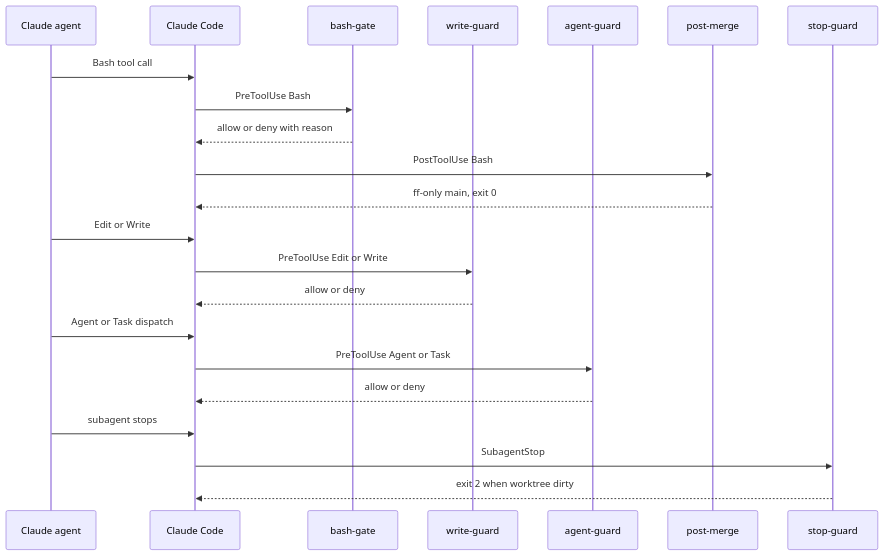
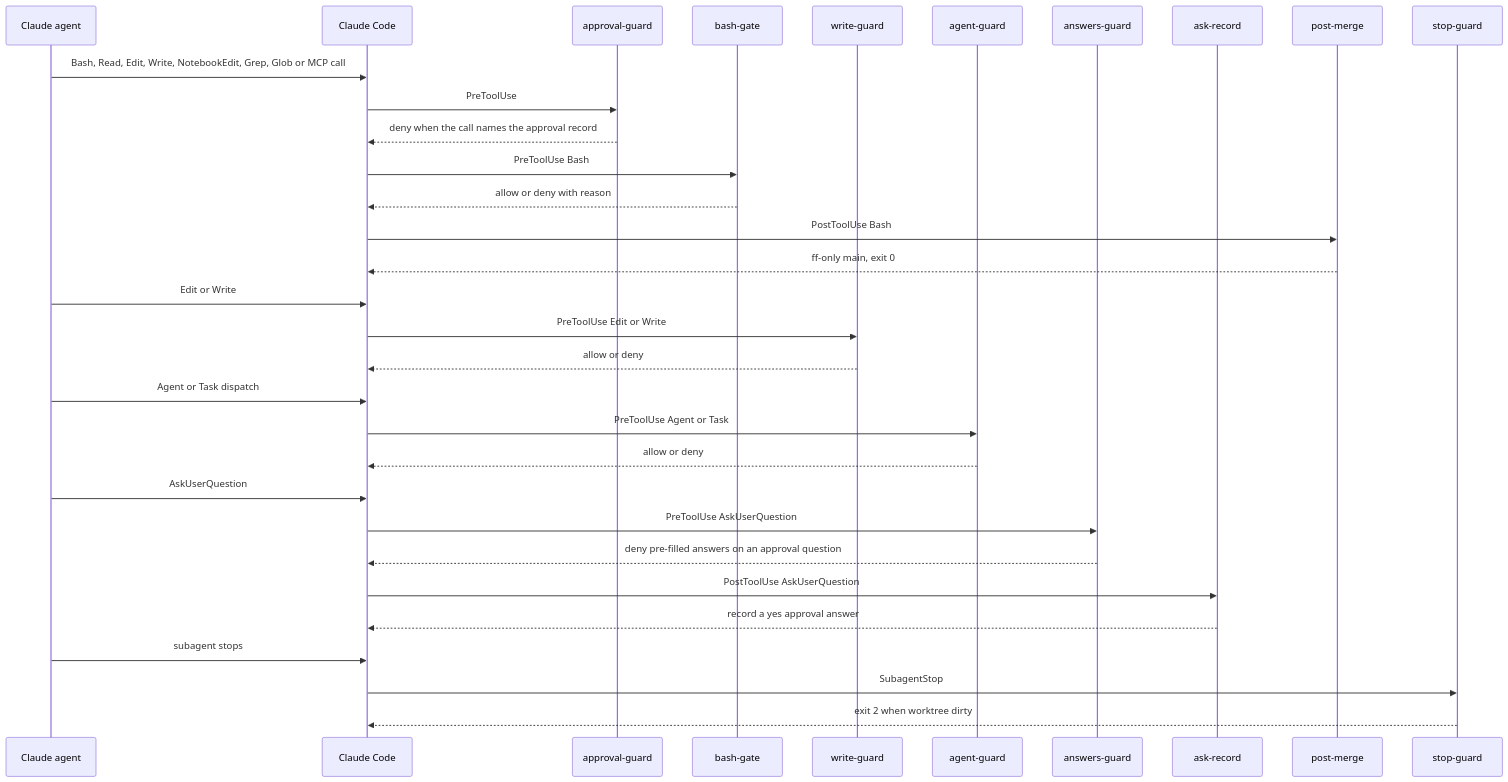
Diagram 11 of 16 in docs/atlas/06-integrations.md (mfittko/dev-loops), drawn with Mermaid before and after one commit. The commit also changed other lines of this file and 15 other files, not shown here.

````diff
--- a/docs/atlas/06-integrations.md
+++ b/docs/atlas/06-integrations.md
@@ -358,24 +359,34 @@
 ```mermaid
 sequenceDiagram
   participant A as Claude agent
   participant CC as Claude Code
+  participant AP as approval-guard
   participant BG as bash-gate
   participant WG as write-guard
   participant AG as agent-guard
+  participant AQ as answers-guard
+  participant AR as ask-record
   participant PM as post-merge
   participant SS as stop-guard
-  A->>CC: Bash tool call
+  A->>CC: Bash, Read, Edit, Write, NotebookEdit, Grep, Glob or MCP call
+  CC->>AP: PreToolUse
+  AP-->>CC: deny when the call names the approval record
   CC->>BG: PreToolUse Bash
   BG-->>CC: allow or deny with reason
   CC->>PM: PostToolUse Bash
   PM-->>CC: ff-only main, exit 0
   A->>CC: Edit or Write
   CC->>WG: PreToolUse Edit or Write
   WG-->>CC: allow or deny
   A->>CC: Agent or Task dispatch
   CC->>AG: PreToolUse Agent or Task
   AG-->>CC: allow or deny
+  A->>CC: AskUserQuestion
+  CC->>AQ: PreToolUse AskUserQuestion
+  AQ-->>CC: deny pre-filled answers on an approval question
+  CC->>AR: PostToolUse AskUserQuestion
+  AR-->>CC: record a yes approval answer
   A->>CC: subagent stops
   CC->>SS: SubagentStop
   SS-->>CC: exit 2 when worktree dirty
 ```
````
